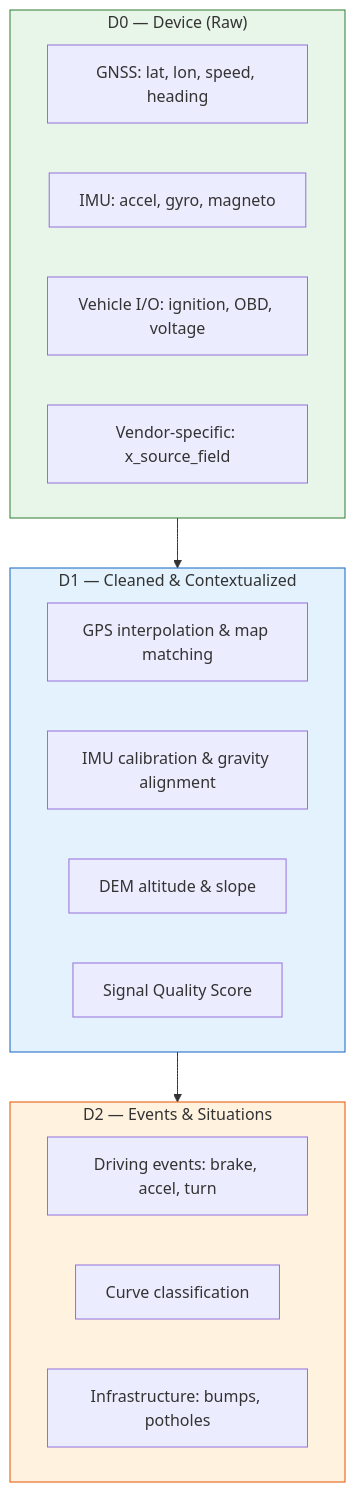
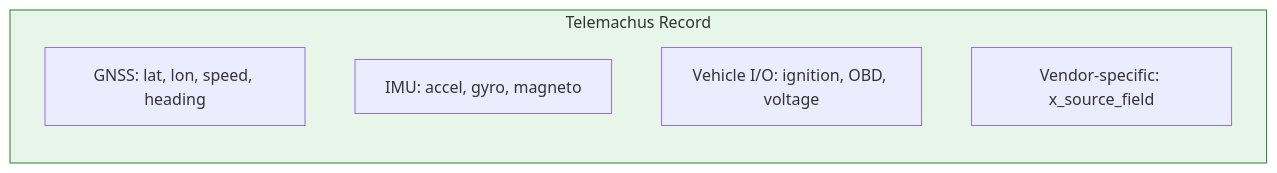
One commit to telemachus3/telemachus changed the first of 7 diagrams in spec/SPEC-01-data-layers.md. Above: the diagram before and after it, drawn with Mermaid. The commit also changed other lines of this file and 3 other files, not shown here.

Commit message:
remove Telemachus/enriched/events layer terminology from public specs — Telemachus is a format, not a pipeline

````diff
--- a/spec/SPEC-01-data-layers.md
+++ b/spec/SPEC-01-data-layers.md
@@ -31,28 +35,11 @@
 ```mermaid
-graph TD
-    subgraph D0["D0 — Device (Raw)"]
+graph LR
+    subgraph RECORD["Telemachus Record"]
         GPS[GNSS: lat, lon, speed, heading]
         IMU[IMU: accel, gyro, magneto]
         VIO[Vehicle I/O: ignition, OBD, voltage]
         EXTRA[Vendor-specific: x_source_field]
     end
 
-    subgraph D1["D1 — Cleaned & Contextualized"]
-        INTERP[GPS interpolation & map matching]
-        CAL[IMU calibration & gravity alignment]
-        DEM[DEM altitude & slope]
-        SQS[Signal Quality Score]
-    end
-
-    subgraph D2["D2 — Events & Situations"]
-        EVT[Driving events: brake, accel, turn]
-        CURVE[Curve classification]
-        INFRA[Infrastructure: bumps, potholes]
-    end
-
-    D0 --> D1 --> D2
-
-    style D0 fill:#e8f5e9,stroke:#2e7d32
-    style D1 fill:#e3f2fd,stroke:#1565c0
-    style D2 fill:#fff3e0,stroke:#e65100
+    style RECORD fill:#e8f5e9,stroke:#2e7d32
 ```
````
